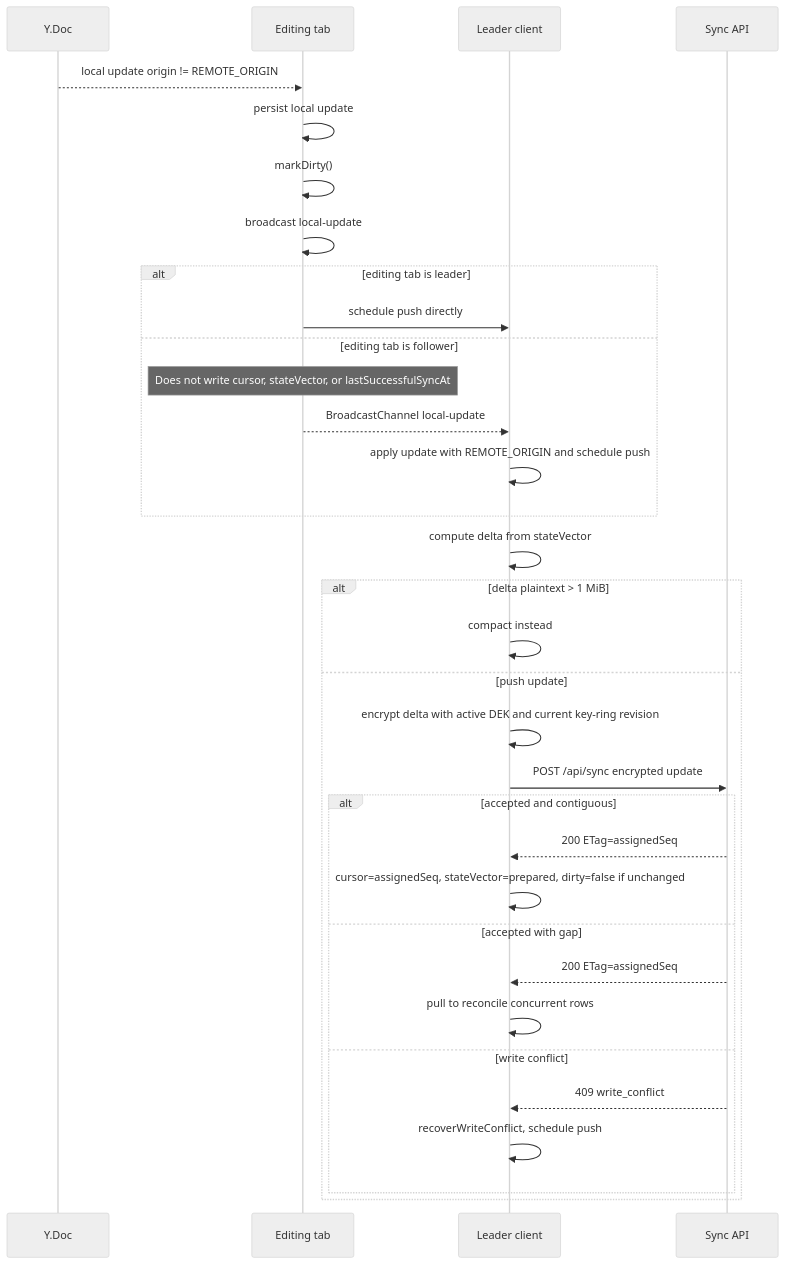
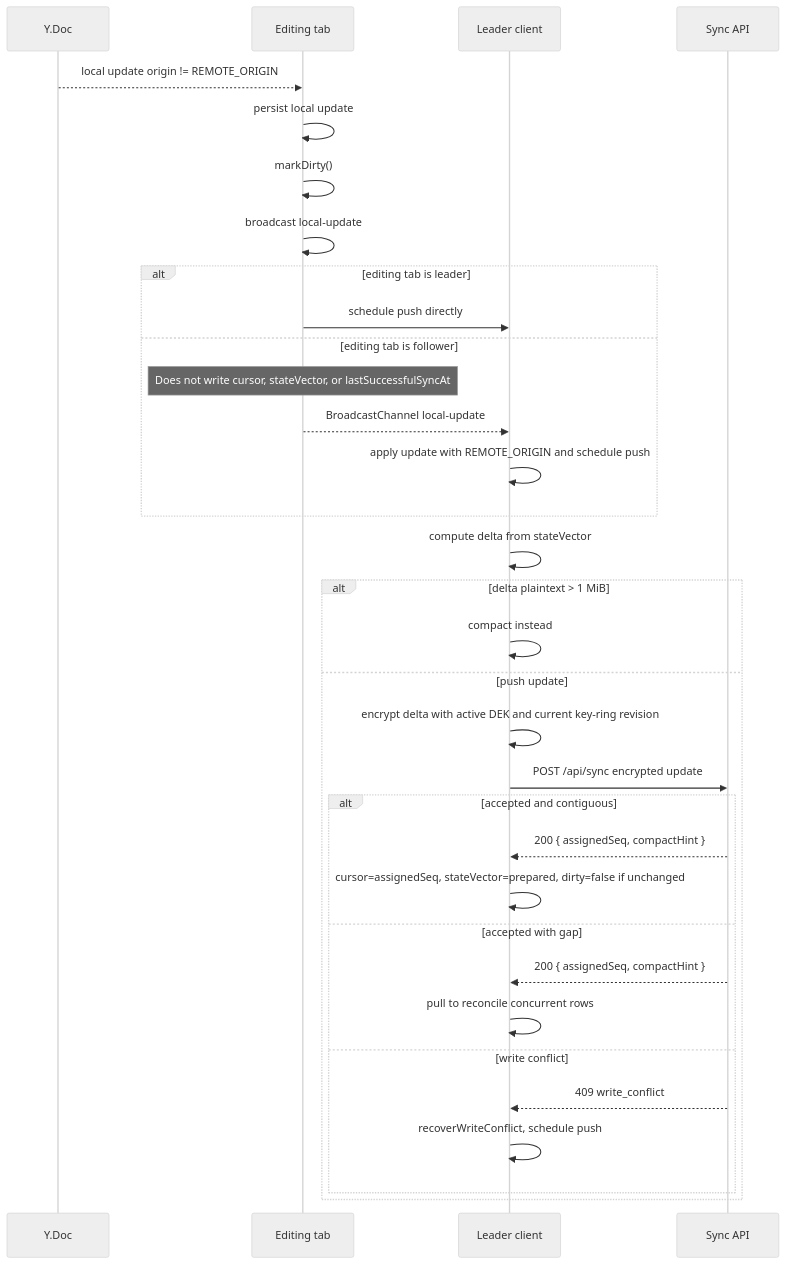
The fourth of 7 diagrams in apps/app/docs/sync.md (balakin/autokpo), drawn with Mermaid (neutral theme) before and after one commit. The commit also changed other lines of this file and 5 other files, not shown here.

````diff
--- a/apps/app/docs/sync.md
+++ b/apps/app/docs/sync.md
@@ -159,36 +157,36 @@
 ```mermaid
 sequenceDiagram
   participant Y as Y.Doc
   participant T as Editing tab
   participant C as Leader client
   participant S as Sync API
 
   Y-->>T: local update origin != REMOTE_ORIGIN
   T->>T: persist local update
   T->>T: markDirty()
   T->>T: broadcast local-update
   alt editing tab is leader
     T->>C: schedule push directly
   else editing tab is follower
     Note over T: Does not write cursor, stateVector, or lastSuccessfulSyncAt
     T-->>C: BroadcastChannel local-update
     C->>C: apply update with REMOTE_ORIGIN and schedule push
   end
   C->>C: compute delta from stateVector
   alt delta plaintext > 1 MiB
     C->>C: compact instead
   else push update
     C->>C: encrypt delta with active DEK and current key-ring revision
     C->>S: POST /api/sync encrypted update
     alt accepted and contiguous
-      S-->>C: 200 ETag=assignedSeq
+      S-->>C: 200 { assignedSeq, compactHint }
       C->>C: cursor=assignedSeq, stateVector=prepared, dirty=false if unchanged
     else accepted with gap
-      S-->>C: 200 ETag=assignedSeq
+      S-->>C: 200 { assignedSeq, compactHint }
       C->>C: pull to reconcile concurrent rows
     else write conflict
       S-->>C: 409 write_conflict
       C->>C: recoverWriteConflict, schedule push
     end
   end
 ```
````
